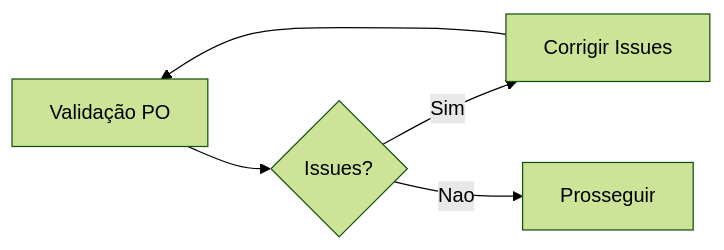
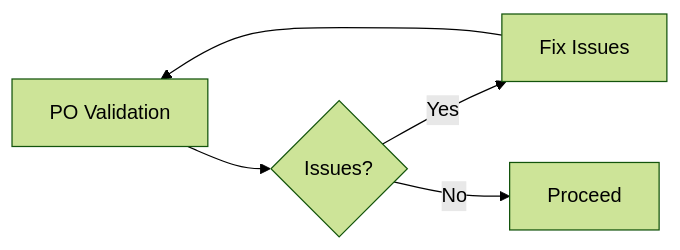
The sixth of 9 diagrams in docs/aexos-workflows/brownfield-fullstack-workflow.md (CyryxLabs/AEXOS), drawn with Mermaid (forest theme) before and after one commit. The commit also changed other lines of this file and 528 other files, not shown here.

````diff
--- a/docs/aexos-workflows/brownfield-fullstack-workflow.md
+++ b/docs/aexos-workflows/brownfield-fullstack-workflow.md
@@ -589,7 +589,7 @@
 ```mermaid
 flowchart LR
-    A[Validação PO] --> B{Issues?}
-    B -->|Sim| C[Corrigir Issues]
+    A[PO Validation] --> B{Issues?}
+    B -->|Yes| C[Fix Issues]
     C --> A
-    B -->|Nao| D[Prosseguir]
+    B -->|No| D[Proceed]
 ```
````
